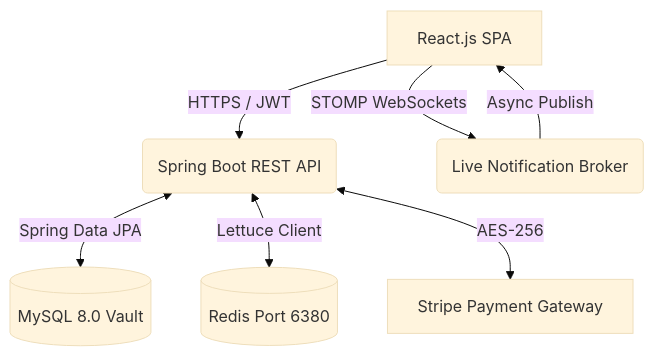
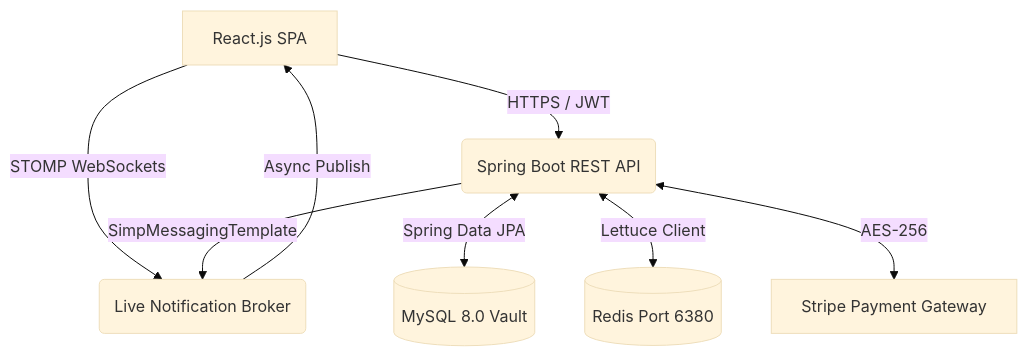
One commit to buildsbysaif/finflow-workspace changed the diagram in README.md. Above: the diagram before and after it, drawn with Mermaid (base theme).

Commit message:
docs: connect Spring Boot API to STOMP broker in Mermaid graph

````diff
--- a/README.md
+++ b/README.md
@@ -22,11 +22,13 @@
 ```mermaid
 graph TD
     Client[React.js SPA] -->|HTTPS / JWT| API(Spring Boot REST API)
     Client -->|STOMP WebSockets| Socket(Live Notification Broker)
-
+    
+    API -->|SimpMessagingTemplate| Socket
+    
     API <-->|Spring Data JPA| DB[(MySQL 8.0 Vault)]
     API <-->|Lettuce Client| Cache[(Redis Port 6380)]
     API <-->|AES-256| Stripe[Stripe Payment Gateway]
 
     Socket -->|Async Publish| Client
 ```
````
